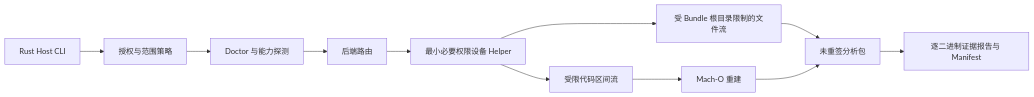
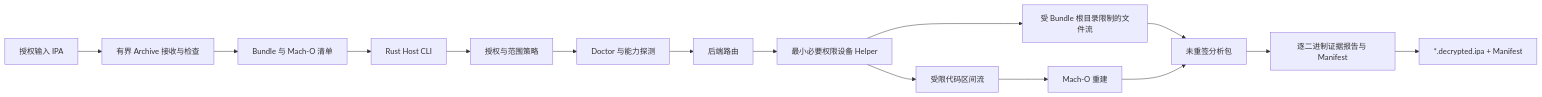
Before and after one commit to jacklv-coder/OrchardProbe: the diagram in README.zh-CN.md, drawn with Mermaid. The commit also changed other lines of this file and 8 other files, not shown here.

````diff
--- a/README.zh-CN.md
+++ b/README.zh-CN.md
@@ -102,13 +120,17 @@
 ```mermaid
 flowchart LR
+  Input["授权输入 IPA"] --> Ingest["有界 Archive 接收与检查"]
+  Ingest --> Inventory["Bundle 与 Mach-O 清单"]
+  Inventory --> CLI
   CLI["Rust Host CLI"] --> Policy["授权与范围策略"]
   Policy --> Doctor["Doctor 与能力探测"]
   Doctor --> Router["后端路由"]
   Router --> Helper["最小必要权限设备 Helper"]
   Helper --> Stream["受限代码区间流"]
   Helper --> Bundle["受 Bundle 根目录限制的文件流"]
   Stream --> Rebuild["Mach-O 重建"]
   Bundle --> Package["未重签分析包"]
   Rebuild --> Package
   Package --> Verify["逐二进制证据报告与 Manifest"]
+  Verify --> Output["*.decrypted.ipa + Manifest"]
 ```
````
